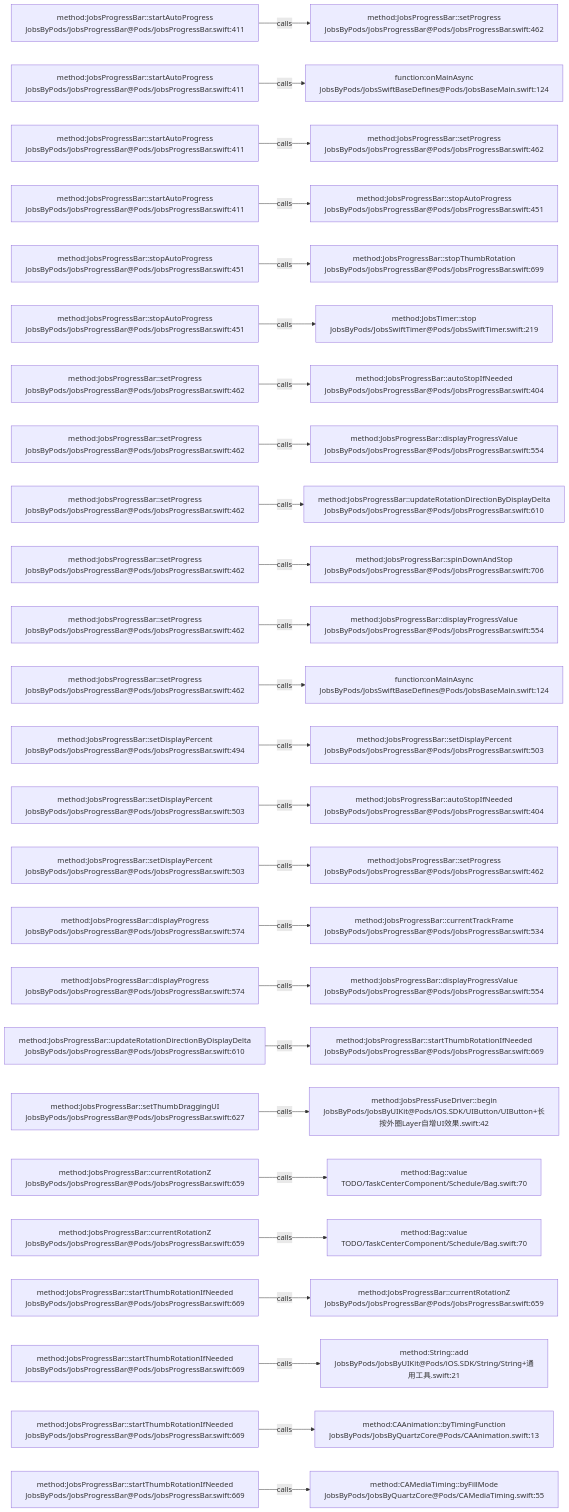
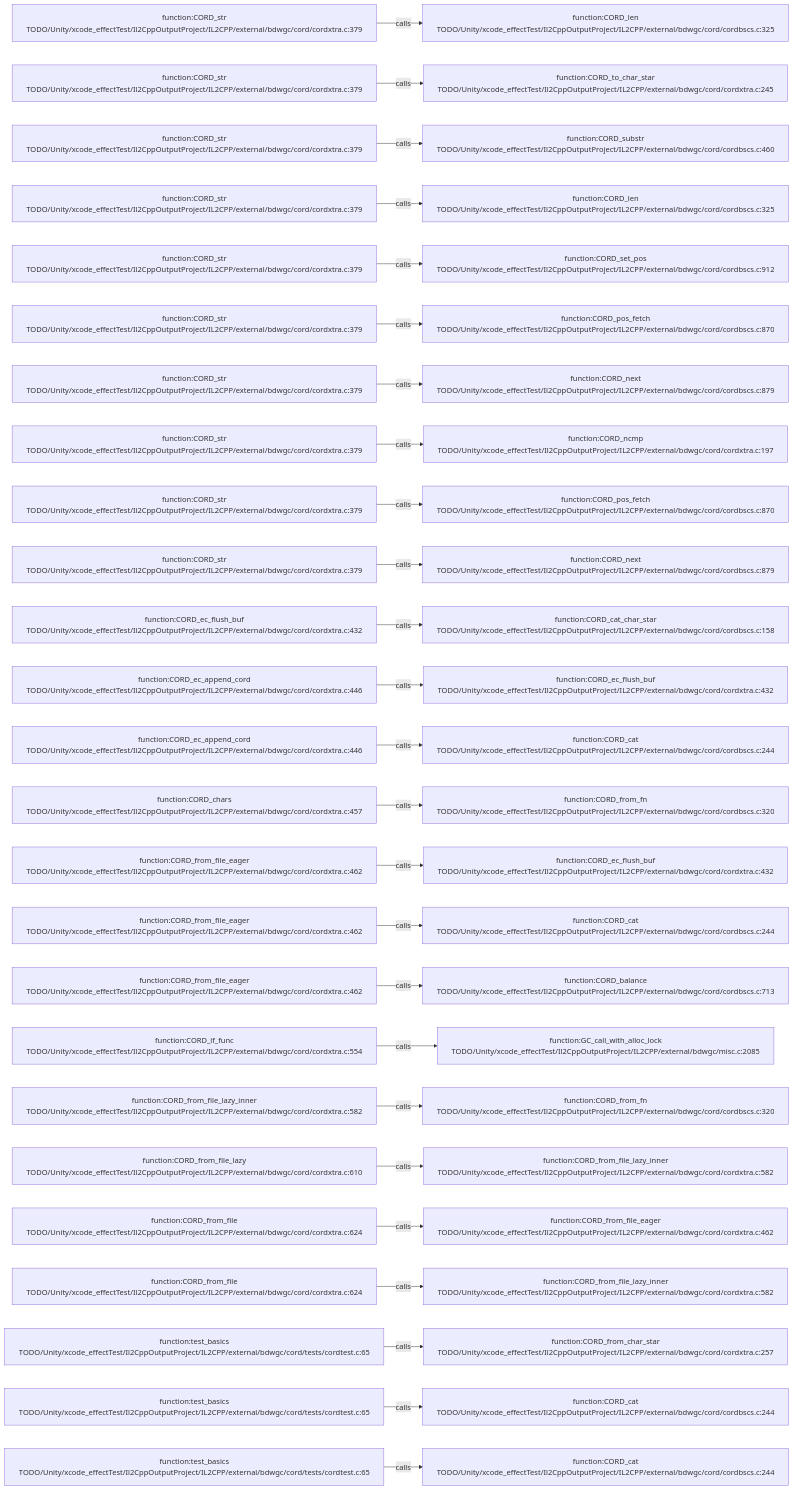
The diagram in .codegraph/codegraph.md/graphs/calls-155.md (JobsKits/JobsSwiftBaseConfigDemo), drawn with Mermaid before and after one commit. The commit also changed 569 other files, not shown here.

````diff
--- a/.codegraph/codegraph.md/graphs/calls-155.md
+++ b/.codegraph/codegraph.md/graphs/calls-155.md
@@ -13,78 +13,78 @@
 ```mermaid
 flowchart LR
-  S1["method:JobsProgressBar::startAutoProgress<br/>JobsByPods/JobsProgressBar@Pods/JobsProgressBar.swift:411"]
-  T1["method:JobsProgressBar::setProgress<br/>JobsByPods/JobsProgressBar@Pods/JobsProgressBar.swift:462"]
+  S1["function:CORD_str<br/>TODO/Unity/xcode_effectTest/Il2CppOutputProject/IL2CPP/external/bdwgc/cord/cordxtra.c:379"]
+  T1["function:CORD_len<br/>TODO/Unity/xcode_effectTest/Il2CppOutputProject/IL2CPP/external/bdwgc/cord/cordbscs.c:325"]
   S1 -->|calls| T1
-  S2["method:JobsProgressBar::startAutoProgress<br/>JobsByPods/JobsProgressBar@Pods/JobsProgressBar.swift:411"]
-  T2["function:onMainAsync<br/>JobsByPods/JobsSwiftBaseDefines@Pods/JobsBaseMain.swift:124"]
+  S2["function:CORD_str<br/>TODO/Unity/xcode_effectTest/Il2CppOutputProject/IL2CPP/external/bdwgc/cord/cordxtra.c:379"]
+  T2["function:CORD_to_char_star<br/>TODO/Unity/xcode_effectTest/Il2CppOutputProject/IL2CPP/external/bdwgc/cord/cordxtra.c:245"]
   S2 -->|calls| T2
-  S3["method:JobsProgressBar::startAutoProgress<br/>JobsByPods/JobsProgressBar@Pods/JobsProgressBar.swift:411"]
-  T3["method:JobsProgressBar::setProgress<br/>JobsByPods/JobsProgressBar@Pods/JobsProgressBar.swift:462"]
+  S3["function:CORD_str<br/>TODO/Unity/xcode_effectTest/Il2CppOutputProject/IL2CPP/external/bdwgc/cord/cordxtra.c:379"]
+  T3["function:CORD_substr<br/>TODO/Unity/xcode_effectTest/Il2CppOutputProject/IL2CPP/external/bdwgc/cord/cordbscs.c:460"]
   S3 -->|calls| T3
-  S4["method:JobsProgressBar::startAutoProgress<br/>JobsByPods/JobsProgressBar@Pods/JobsProgressBar.swift:411"]
-  T4["method:JobsProgressBar::stopAutoProgress<br/>JobsByPods/JobsProgressBar@Pods/JobsProgressBar.swift:451"]
+  S4["function:CORD_str<br/>TODO/Unity/xcode_effectTest/Il2CppOutputProject/IL2CPP/external/bdwgc/cord/cordxtra.c:379"]
+  T4["function:CORD_len<br/>TODO/Unity/xcode_effectTest/Il2CppOutputProject/IL2CPP/external/bdwgc/cord/cordbscs.c:325"]
   S4 -->|calls| T4
-  S5["method:JobsProgressBar::stopAutoProgress<br/>JobsByPods/JobsProgressBar@Pods/JobsProgressBar.swift:451"]
-  T5["method:JobsProgressBar::stopThumbRotation<br/>JobsByPods/JobsProgressBar@Pods/JobsProgressBar.swift:699"]
+  S5["function:CORD_str<br/>TODO/Unity/xcode_effectTest/Il2CppOutputProject/IL2CPP/external/bdwgc/cord/cordxtra.c:379"]
+  T5["function:CORD_set_pos<br/>TODO/Unity/xcode_effectTest/Il2CppOutputProject/IL2CPP/external/bdwgc/cord/cordbscs.c:912"]
   S5 -->|calls| T5
-  S6["method:JobsProgressBar::stopAutoProgress<br/>JobsByPods/JobsProgressBar@Pods/JobsProgressBar.swift:451"]
-  T6["method:JobsTimer::stop<br/>JobsByPods/JobsSwiftTimer@Pods/JobsSwiftTimer.swift:219"]
+  S6["function:CORD_str<br/>TODO/Unity/xcode_effectTest/Il2CppOutputProject/IL2CPP/external/bdwgc/cord/cordxtra.c:379"]
+  T6["function:CORD_pos_fetch<br/>TODO/Unity/xcode_effectTest/Il2CppOutputProject/IL2CPP/external/bdwgc/cord/cordbscs.c:870"]
   S6 -->|calls| T6
-  S7["method:JobsProgressBar::setProgress<br/>JobsByPods/JobsProgressBar@Pods/JobsProgressBar.swift:462"]
-  T7["method:JobsProgressBar::autoStopIfNeeded<br/>JobsByPods/JobsProgressBar@Pods/JobsProgressBar.swift:404"]
+  S7["function:CORD_str<br/>TODO/Unity/xcode_effectTest/Il2CppOutputProject/IL2CPP/external/bdwgc/cord/cordxtra.c:379"]
+  T7["function:CORD_next<br/>TODO/Unity/xcode_effectTest/Il2CppOutputProject/IL2CPP/external/bdwgc/cord/cordbscs.c:879"]
   S7 -->|calls| T7
-  S8["method:JobsProgressBar::setProgress<br/>JobsByPods/JobsProgressBar@Pods/JobsProgressBar.swift:462"]
-  T8["method:JobsProgressBar::displayProgressValue<br/>JobsByPods/JobsProgressBar@Pods/JobsProgressBar.swift:554"]
+  S8["function:CORD_str<br/>TODO/Unity/xcode_effectTest/Il2CppOutputProject/IL2CPP/external/bdwgc/cord/cordxtra.c:379"]
+  T8["function:CORD_ncmp<br/>TODO/Unity/xcode_effectTest/Il2CppOutputProject/IL2CPP/external/bdwgc/cord/cordxtra.c:197"]
   S8 -->|calls| T8
-  S9["method:JobsProgressBar::setProgress<br/>JobsByPods/JobsProgressBar@Pods/JobsProgressBar.swift:462"]
-  T9["method:JobsProgressBar::updateRotationDirectionByDisplayDelta<br/>JobsByPods/JobsProgressBar@Pods/JobsProgressBar.swift:610"]
+  S9["function:CORD_str<br/>TODO/Unity/xcode_effectTest/Il2CppOutputProject/IL2CPP/external/bdwgc/cord/cordxtra.c:379"]
+  T9["function:CORD_pos_fetch<br/>TODO/Unity/xcode_effectTest/Il2CppOutputProject/IL2CPP/external/bdwgc/cord/cordbscs.c:870"]
   S9 -->|calls| T9
-  S10["method:JobsProgressBar::setProgress<br/>JobsByPods/JobsProgressBar@Pods/JobsProgressBar.swift:462"]
-  T10["method:JobsProgressBar::spinDownAndStop<br/>JobsByPods/JobsProgressBar@Pods/JobsProgressBar.swift:706"]
+  S10["function:CORD_str<br/>TODO/Unity/xcode_effectTest/Il2CppOutputProject/IL2CPP/external/bdwgc/cord/cordxtra.c:379"]
+  T10["function:CORD_next<br/>TODO/Unity/xcode_effectTest/Il2CppOutputProject/IL2CPP/external/bdwgc/cord/cordbscs.c:879"]
   S10 -->|calls| T10
-  S11["method:JobsProgressBar::setProgress<br/>JobsByPods/JobsProgressBar@Pods/JobsProgressBar.swift:462"]
-  T11["method:JobsProgressBar::displayProgressValue<br/>JobsByPods/JobsProgressBar@Pods/JobsProgressBar.swift:554"]
+  S11["function:CORD_ec_flush_buf<br/>TODO/Unity/xcode_effectTest/Il2CppOutputProject/IL2CPP/external/bdwgc/cord/cordxtra.c:432"]
+  T11["function:CORD_cat_char_star<br/>TODO/Unity/xcode_effectTest/Il2CppOutputProject/IL2CPP/external/bdwgc/cord/cordbscs.c:158"]
   S11 -->|calls| T11
-  S12["method:JobsProgressBar::setProgress<br/>JobsByPods/JobsProgressBar@Pods/JobsProgressBar.swift:462"]
-  T12["function:onMainAsync<br/>JobsByPods/JobsSwiftBaseDefines@Pods/JobsBaseMain.swift:124"]
+  S12["function:CORD_ec_append_cord<br/>TODO/Unity/xcode_effectTest/Il2CppOutputProject/IL2CPP/external/bdwgc/cord/cordxtra.c:446"]
+  T12["function:CORD_ec_flush_buf<br/>TODO/Unity/xcode_effectTest/Il2CppOutputProject/IL2CPP/external/bdwgc/cord/cordxtra.c:432"]
   S12 -->|calls| T12
-  S13["method:JobsProgressBar::setDisplayPercent<br/>JobsByPods/JobsProgressBar@Pods/JobsProgressBar.swift:494"]
-  T13["method:JobsProgressBar::setDisplayPercent<br/>JobsByPods/JobsProgressBar@Pods/JobsProgressBar.swift:503"]
+  S13["function:CORD_ec_append_cord<br/>TODO/Unity/xcode_effectTest/Il2CppOutputProject/IL2CPP/external/bdwgc/cord/cordxtra.c:446"]
+  T13["function:CORD_cat<br/>TODO/Unity/xcode_effectTest/Il2CppOutputProject/IL2CPP/external/bdwgc/cord/cordbscs.c:244"]
   S13 -->|calls| T13
-  S14["method:JobsProgressBar::setDisplayPercent<br/>JobsByPods/JobsProgressBar@Pods/JobsProgressBar.swift:503"]
-  T14["method:JobsProgressBar::autoStopIfNeeded<br/>JobsByPods/JobsProgressBar@Pods/JobsProgressBar.swift:404"]
+  S14["function:CORD_chars<br/>TODO/Unity/xcode_effectTest/Il2CppOutputProject/IL2CPP/external/bdwgc/cord/cordxtra.c:457"]
+  T14["function:CORD_from_fn<br/>TODO/Unity/xcode_effectTest/Il2CppOutputProject/IL2CPP/external/bdwgc/cord/cordbscs.c:320"]
   S14 -->|calls| T14
-  S15["method:JobsProgressBar::setDisplayPercent<br/>JobsByPods/JobsProgressBar@Pods/JobsProgressBar.swift:503"]
-  T15["method:JobsProgressBar::setProgress<br/>JobsByPods/JobsProgressBar@Pods/JobsProgressBar.swift:462"]
+  S15["function:CORD_from_file_eager<br/>TODO/Unity/xcode_effectTest/Il2CppOutputProject/IL2CPP/external/bdwgc/cord/cordxtra.c:462"]
+  T15["function:CORD_ec_flush_buf<br/>TODO/Unity/xcode_effectTest/Il2CppOutputProject/IL2CPP/external/bdwgc/cord/cordxtra.c:432"]
   S15 -->|calls| T15
-  S16["method:JobsProgressBar::displayProgress<br/>JobsByPods/JobsProgressBar@Pods/JobsProgressBar.swift:574"]
-  T16["method:JobsProgressBar::currentTrackFrame<br/>JobsByPods/JobsProgressBar@Pods/JobsProgressBar.swift:534"]
+  S16["function:CORD_from_file_eager<br/>TODO/Unity/xcode_effectTest/Il2CppOutputProject/IL2CPP/external/bdwgc/cord/cordxtra.c:462"]
+  T16["function:CORD_cat<br/>TODO/Unity/xcode_effectTest/Il2CppOutputProject/IL2CPP/external/bdwgc/cord/cordbscs.c:244"]
   S16 -->|calls| T16
-  S17["method:JobsProgressBar::displayProgress<br/>JobsByPods/JobsProgressBar@Pods/JobsProgressBar.swift:574"]
-  T17["method:JobsProgressBar::displayProgressValue<br/>JobsByPods/JobsProgressBar@Pods/JobsProgressBar.swift:554"]
+  S17["function:CORD_from_file_eager<br/>TODO/Unity/xcode_effectTest/Il2CppOutputProject/IL2CPP/external/bdwgc/cord/cordxtra.c:462"]
+  T17["function:CORD_balance<br/>TODO/Unity/xcode_effectTest/Il2CppOutputProject/IL2CPP/external/bdwgc/cord/cordbscs.c:713"]
   S17 -->|calls| T17
-  S18["method:JobsProgressBar::updateRotationDirectionByDisplayDelta<br/>JobsByPods/JobsProgressBar@Pods/JobsProgressBar.swift:610"]
-  T18["method:JobsProgressBar::startThumbRotationIfNeeded<br/>JobsByPods/JobsProgressBar@Pods/JobsProgressBar.swift:669"]
+  S18["function:CORD_lf_func<br/>TODO/Unity/xcode_effectTest/Il2CppOutputProject/IL2CPP/external/bdwgc/cord/cordxtra.c:554"]
+  T18["function:GC_call_with_alloc_lock<br/>TODO/Unity/xcode_effectTest/Il2CppOutputProject/IL2CPP/external/bdwgc/misc.c:2085"]
   S18 -->|calls| T18
-  S19["method:JobsProgressBar::setThumbDraggingUI<br/>JobsByPods/JobsProgressBar@Pods/JobsProgressBar.swift:627"]
-  T19["method:JobsPressFuseDriver::begin<br/>JobsByPods/JobsByUIKit@Pods/iOS.SDK/UIButton/UIButton+长按外圈Layer自增UI效果.swift:42"]
+  S19["function:CORD_from_file_lazy_inner<br/>TODO/Unity/xcode_effectTest/Il2CppOutputProject/IL2CPP/external/bdwgc/cord/cordxtra.c:582"]
+  T19["function:CORD_from_fn<br/>TODO/Unity/xcode_effectTest/Il2CppOutputProject/IL2CPP/external/bdwgc/cord/cordbscs.c:320"]
   S19 -->|calls| T19
-  S20["method:JobsProgressBar::currentRotationZ<br/>JobsByPods/JobsProgressBar@Pods/JobsProgressBar.swift:659"]
-  T20["method:Bag::value<br/>TODO/TaskCenterComponent/Schedule/Bag.swift:70"]
+  S20["function:CORD_from_file_lazy<br/>TODO/Unity/xcode_effectTest/Il2CppOutputProject/IL2CPP/external/bdwgc/cord/cordxtra.c:610"]
+  T20["function:CORD_from_file_lazy_inner<br/>TODO/Unity/xcode_effectTest/Il2CppOutputProject/IL2CPP/external/bdwgc/cord/cordxtra.c:582"]
   S20 -->|calls| T20
-  S21["method:JobsProgressBar::currentRotationZ<br/>JobsByPods/JobsProgressBar@Pods/JobsProgressBar.swift:659"]
-  T21["method:Bag::value<br/>TODO/TaskCenterComponent/Schedule/Bag.swift:70"]
+  S21["function:CORD_from_file<br/>TODO/Unity/xcode_effectTest/Il2CppOutputProject/IL2CPP/external/bdwgc/cord/cordxtra.c:624"]
+  T21["function:CORD_from_file_eager<br/>TODO/Unity/xcode_effectTest/Il2CppOutputProject/IL2CPP/external/bdwgc/cord/cordxtra.c:462"]
   S21 -->|calls| T21
-  S22["method:JobsProgressBar::startThumbRotationIfNeeded<br/>JobsByPods/JobsProgressBar@Pods/JobsProgressBar.swift:669"]
-  T22["method:JobsProgressBar::currentRotationZ<br/>JobsByPods/JobsProgressBar@Pods/JobsProgressBar.swift:659"]
+  S22["function:CORD_from_file<br/>TODO/Unity/xcode_effectTest/Il2CppOutputProject/IL2CPP/external/bdwgc/cord/cordxtra.c:624"]
+  T22["function:CORD_from_file_lazy_inner<br/>TODO/Unity/xcode_effectTest/Il2CppOutputProject/IL2CPP/external/bdwgc/cord/cordxtra.c:582"]
   S22 -->|calls| T22
-  S23["method:JobsProgressBar::startThumbRotationIfNeeded<br/>JobsByPods/JobsProgressBar@Pods/JobsProgressBar.swift:669"]
-  T23["method:String::add<br/>JobsByPods/JobsByUIKit@Pods/iOS.SDK/String/String+通用工具.swift:21"]
+  S23["function:test_basics<br/>TODO/Unity/xcode_effectTest/Il2CppOutputProject/IL2CPP/external/bdwgc/cord/tests/cordtest.c:65"]
+  T23["function:CORD_from_char_star<br/>TODO/Unity/xcode_effectTest/Il2CppOutputProject/IL2CPP/external/bdwgc/cord/cordxtra.c:257"]
   S23 -->|calls| T23
-  S24["method:JobsProgressBar::startThumbRotationIfNeeded<br/>JobsByPods/JobsProgressBar@Pods/JobsProgressBar.swift:669"]
-  T24["method:CAAnimation::byTimingFunction<br/>JobsByPods/JobsByQuartzCore@Pods/CAAnimation.swift:13"]
+  S24["function:test_basics<br/>TODO/Unity/xcode_effectTest/Il2CppOutputProject/IL2CPP/external/bdwgc/cord/tests/cordtest.c:65"]
+  T24["function:CORD_cat<br/>TODO/Unity/xcode_effectTest/Il2CppOutputProject/IL2CPP/external/bdwgc/cord/cordbscs.c:244"]
   S24 -->|calls| T24
-  S25["method:JobsProgressBar::startThumbRotationIfNeeded<br/>JobsByPods/JobsProgressBar@Pods/JobsProgressBar.swift:669"]
-  T25["method:CAMediaTiming::byFillMode<br/>JobsByPods/JobsByQuartzCore@Pods/CAMediaTiming.swift:55"]
+  S25["function:test_basics<br/>TODO/Unity/xcode_effectTest/Il2CppOutputProject/IL2CPP/external/bdwgc/cord/tests/cordtest.c:65"]
+  T25["function:CORD_cat<br/>TODO/Unity/xcode_effectTest/Il2CppOutputProject/IL2CPP/external/bdwgc/cord/cordbscs.c:244"]
   S25 -->|calls| T25
 ```
````
